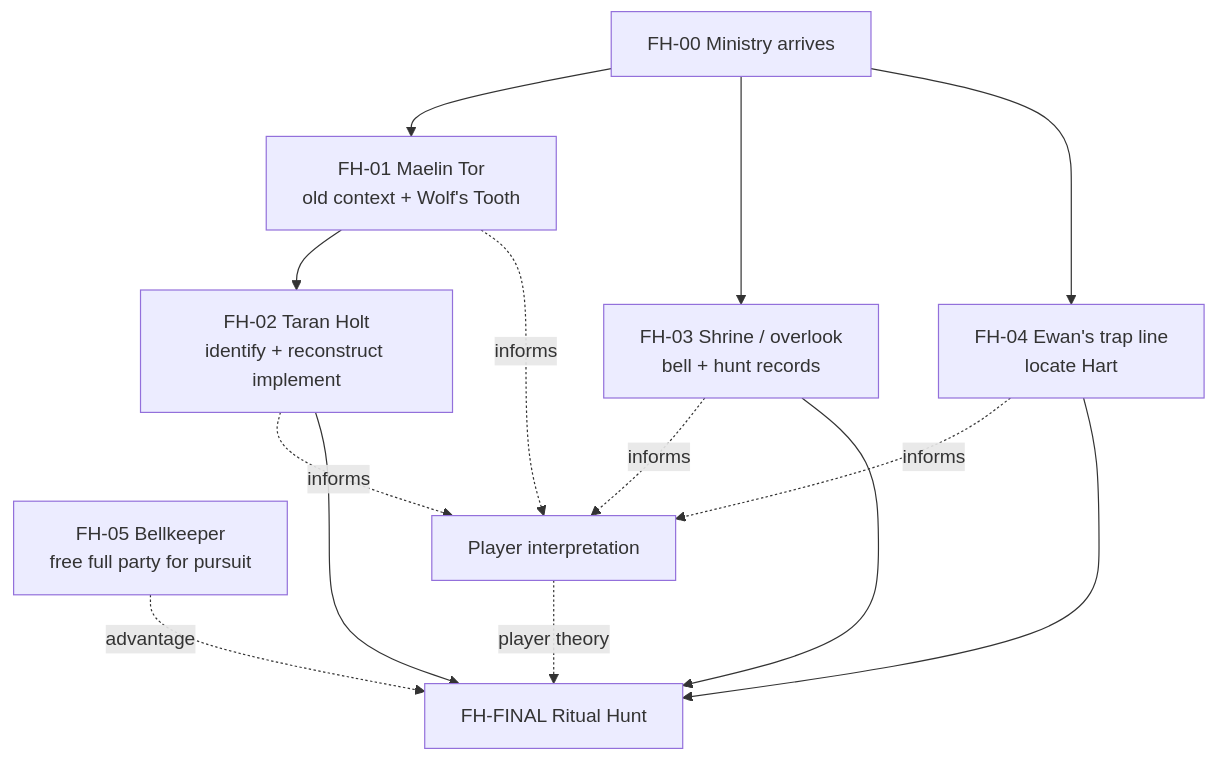
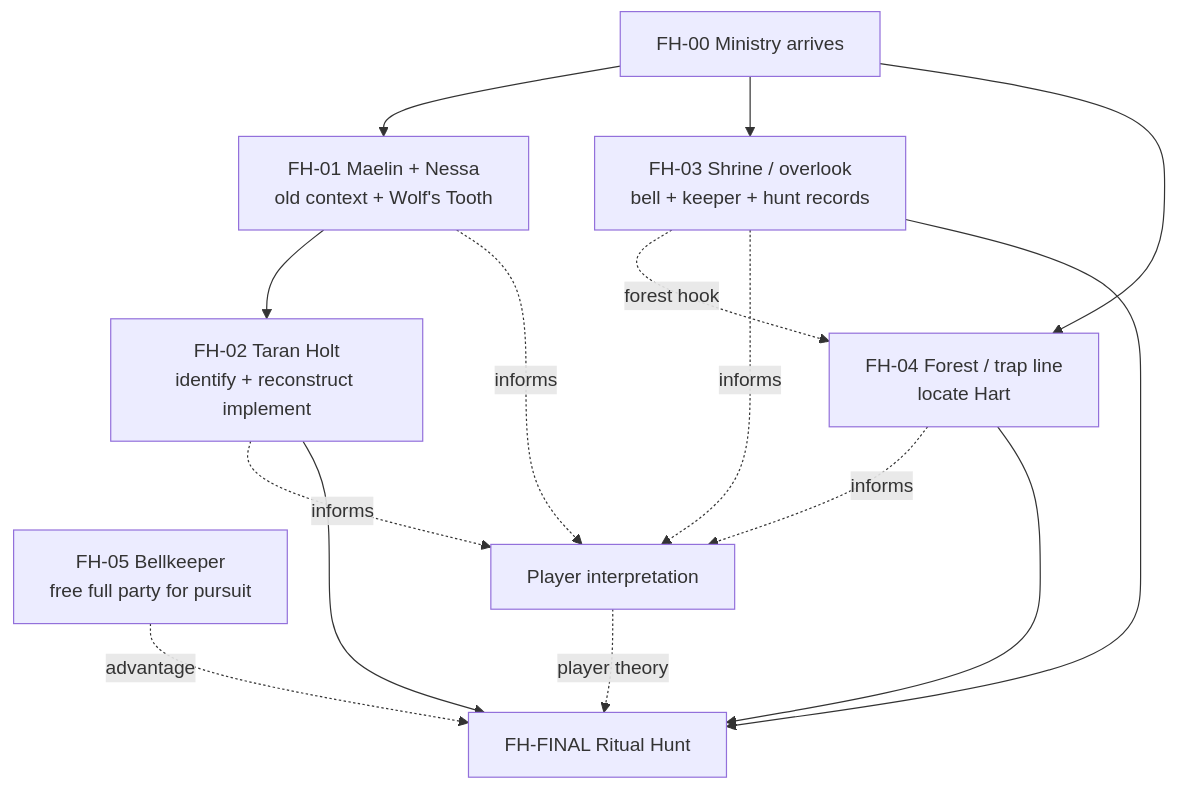
One commit to flip-z/flip-z.github.io changed the diagram in adventures/forests-hart/gm/design/workflow.md. Above: the diagram before and after it, drawn with Mermaid. The commit also changed other lines of this file, not shown here.

Commit message:
Revise Forest's Hart workflow and mock testing guidance

````diff
--- a/adventures/forests-hart/gm/design/workflow.md
+++ b/adventures/forests-hart/gm/design/workflow.md
@@ -62,25 +105,26 @@
 ```mermaid
 flowchart TD
     ENTRY["FH-00 Ministry arrives"]
-    SAGE["FH-01 Maelin Tor<br/>old context + Wolf's Tooth"]
+    SAGE["FH-01 Maelin + Nessa<br/>old context + Wolf's Tooth"]
     SMITH["FH-02 Taran Holt<br/>identify + reconstruct implement"]
-    SHRINE["FH-03 Shrine / overlook<br/>bell + hunt records"]
-    HUNTER["FH-04 Ewan's trap line<br/>locate Hart"]
+    SHRINE["FH-03 Shrine / overlook<br/>bell + keeper + hunt records"]
+    HUNTER["FH-04 Forest / trap line<br/>locate Hart"]
     KEEPER["FH-05 Bellkeeper<br/>free full party for pursuit"]
     INFER["Player interpretation"]
     FINAL["FH-FINAL Ritual Hunt"]
 
     ENTRY --> SAGE
     ENTRY --> SHRINE
     ENTRY --> HUNTER
+    SHRINE -. forest hook .-> HUNTER
     SAGE --> SMITH
     SAGE -. informs .-> INFER
     SMITH -. informs .-> INFER
     SHRINE -. informs .-> INFER
     HUNTER -. informs .-> INFER
     SMITH --> FINAL
     SHRINE --> FINAL
     HUNTER --> FINAL
     INFER -. player theory .-> FINAL
     KEEPER -. advantage .-> FINAL
 ```
````
